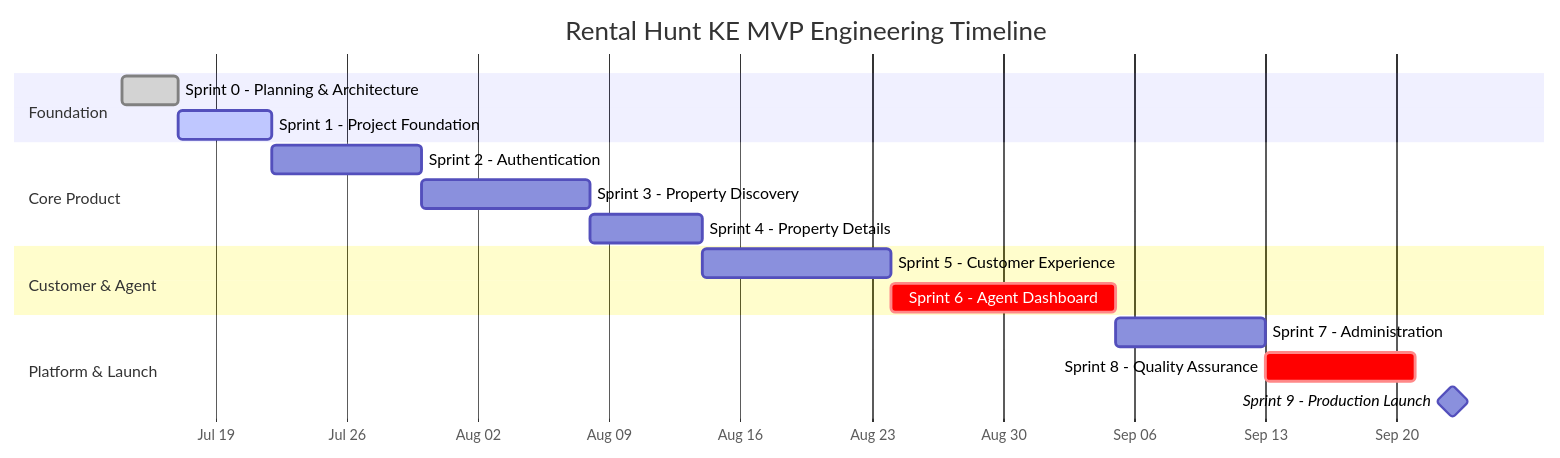
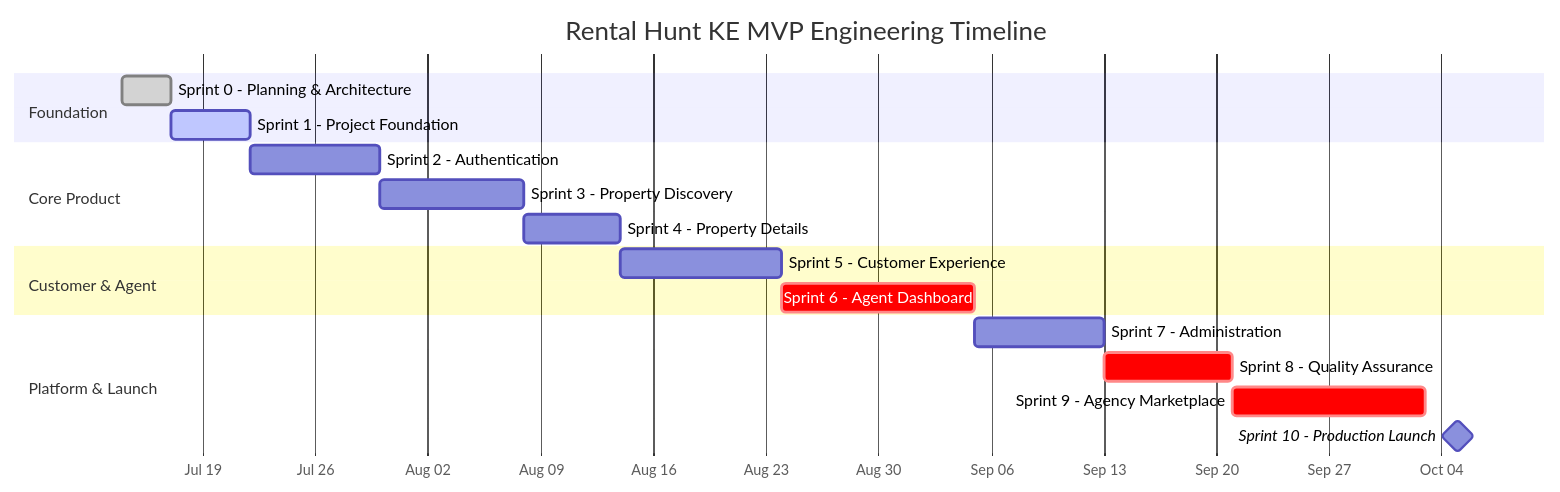
Before and after one commit to Bigmanbiggiey/rental-hunt: the second of 2 diagrams in docs/roadmap.md, drawn with Mermaid. The commit also changed other lines of this file and 7 other files, not shown here.

First line of the commit message:
docs: document Epic 12 (Agency Marketplace) across all governing docs

````diff
--- a/docs/roadmap.md
+++ b/docs/roadmap.md
@@ -506,20 +544,21 @@
 ```mermaid
 gantt
     title Rental Hunt KE MVP Engineering Timeline
     dateFormat YYYY-MM-DD
     axisFormat %b %d
     section Foundation
     Sprint 0 - Planning & Architecture   :done, s0, 2026-07-14, 3d
     Sprint 1 - Project Foundation        :active, s1, after s0, 5d
     section Core Product
     Sprint 2 - Authentication            :s2, after s1, 8d
     Sprint 3 - Property Discovery        :s3, after s2, 9d
     Sprint 4 - Property Details          :s4, after s3, 6d
     section Customer & Agent
     Sprint 5 - Customer Experience       :s5, after s4, 10d
     Sprint 6 - Agent Dashboard           :crit, s6, after s5, 12d
     section Platform & Launch
     Sprint 7 - Administration            :s7, after s6, 8d
     Sprint 8 - Quality Assurance         :crit, s8, after s7, 8d
-    Sprint 9 - Production Launch         :milestone, s9, after s8, 4d
+    Sprint 9 - Agency Marketplace        :crit, s9, after s8, 12d
+    Sprint 10 - Production Launch        :milestone, s10, after s9, 4d
 ```
````
